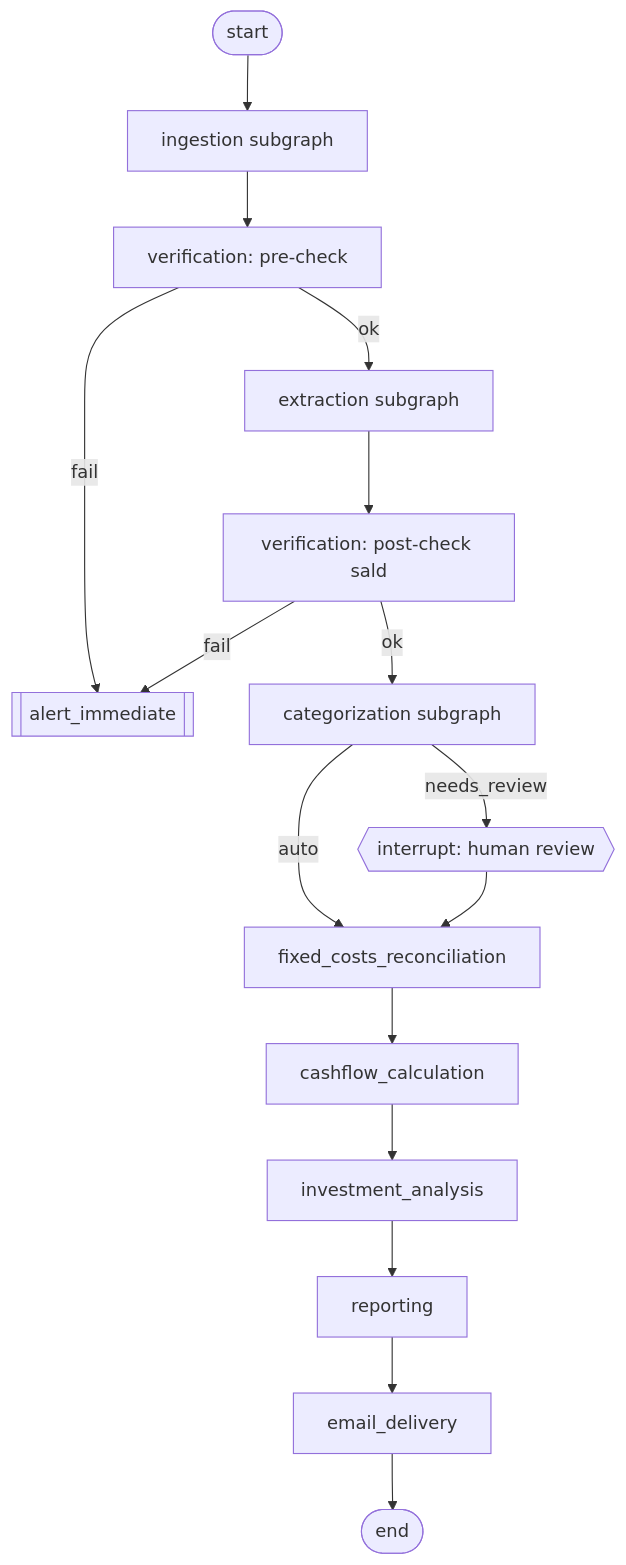
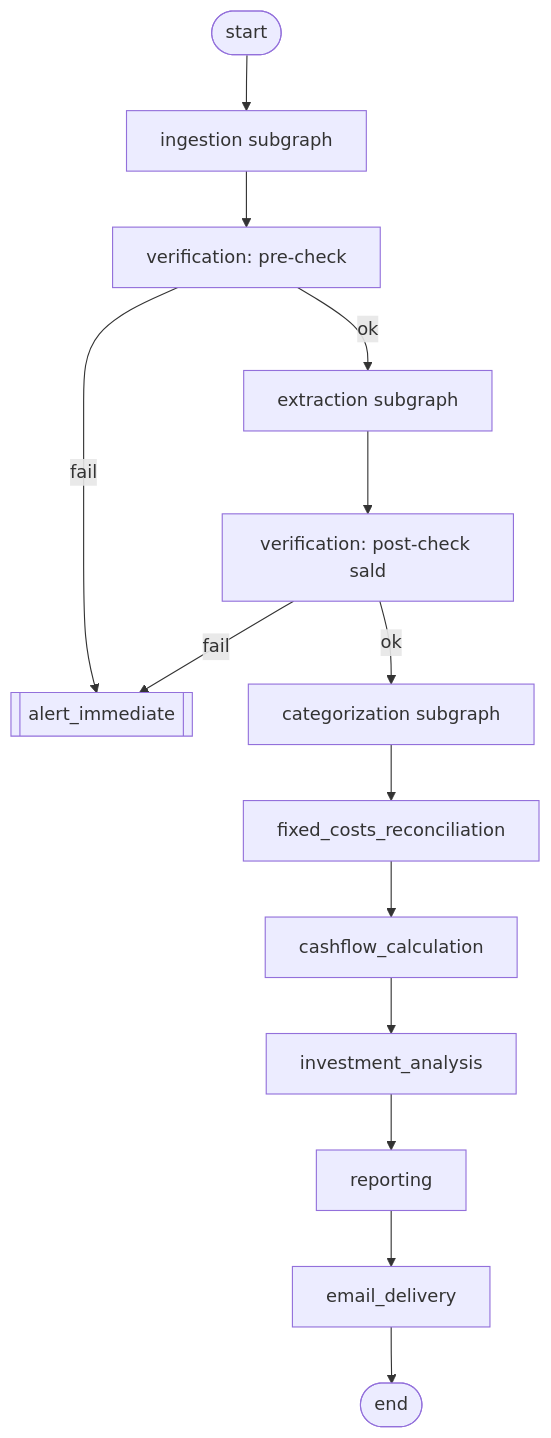
Before and after one commit to jakubwilk/ai-finance-agent: the diagram in docs/11-spec-orchestration-scheduling.md, drawn with Mermaid. The commit also changed other lines of this file and 9 other files, not shown here.

````diff
--- a/docs/11-spec-orchestration-scheduling.md
+++ b/docs/11-spec-orchestration-scheduling.md
@@ -17,18 +17,16 @@
 ```mermaid
 flowchart TD
     START([start]) --> ING[ingestion subgraph]
     ING --> VER_PRE[verification: pre-check]
     VER_PRE -- ok --> EXT[extraction subgraph]
     VER_PRE -- fail --> ALERT[[alert_immediate]]
     EXT --> VER_POST[verification: post-check sald]
     VER_POST -- ok --> CAT[categorization subgraph]
     VER_POST -- fail --> ALERT
-    CAT -- needs_review --> HITL{{interrupt: human review}}
-    CAT -- auto --> FIX[fixed_costs_reconciliation]
-    HITL --> FIX
+    CAT --> FIX[fixed_costs_reconciliation]
     FIX --> CALC[cashflow_calculation]
     CALC --> INV[investment_analysis]
     INV --> REP[reporting]
     REP --> MAIL[email_delivery]
     MAIL --> END([end])
 ```
````
